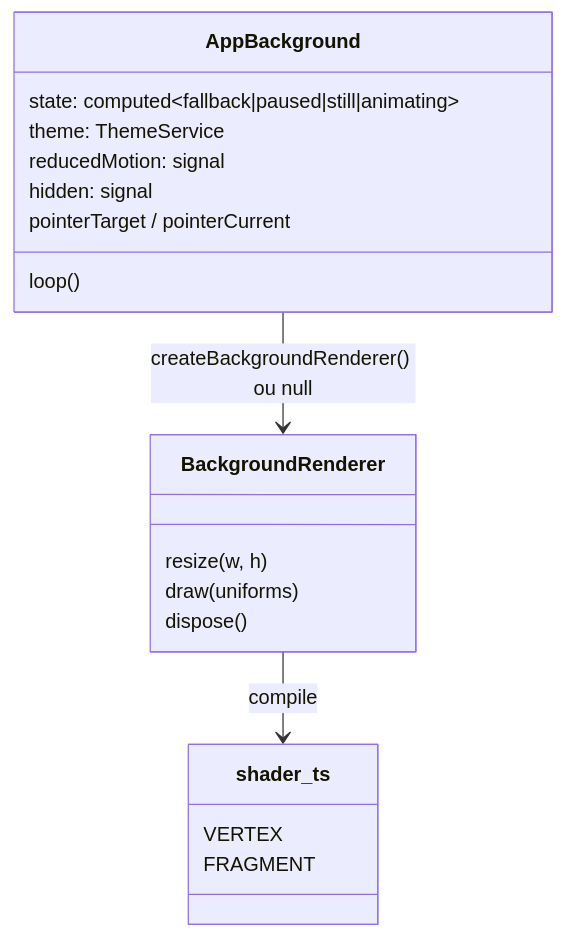
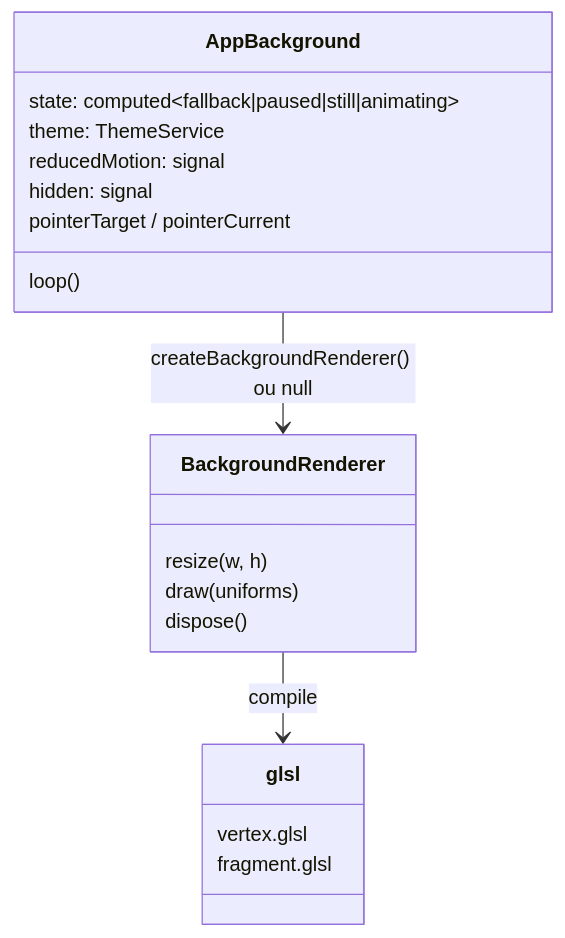
Before and after one commit to RobinLandraud/FireScrum: the first of 2 diagrams in docs/specs/013-fond-vivant-surfaces-depolies/plan.md, drawn with Mermaid. The commit also changed other lines of this file and 6 other files, not shown here.

Commit message:
feat: add the WebGL renderer and GLSL shaders of the animated background

````diff
--- a/docs/specs/013-fond-vivant-surfaces-depolies/plan.md
+++ b/docs/specs/013-fond-vivant-surfaces-depolies/plan.md
@@ -29,22 +29,22 @@
 ```mermaid
 classDiagram
   class AppBackground {
     state: computed~fallback|paused|still|animating~
     theme: ThemeService
     reducedMotion: signal
     hidden: signal
     pointerTarget / pointerCurrent
     loop()
   }
   class BackgroundRenderer {
     resize(w, h)
     draw(uniforms)
     dispose()
   }
-  class shader_ts {
-    VERTEX
-    FRAGMENT
+  class glsl {
+    vertex.glsl
+    fragment.glsl
   }
   AppBackground --> BackgroundRenderer : createBackgroundRenderer() ou null
-  BackgroundRenderer --> shader_ts : compile
+  BackgroundRenderer --> glsl : compile
 ```
````
